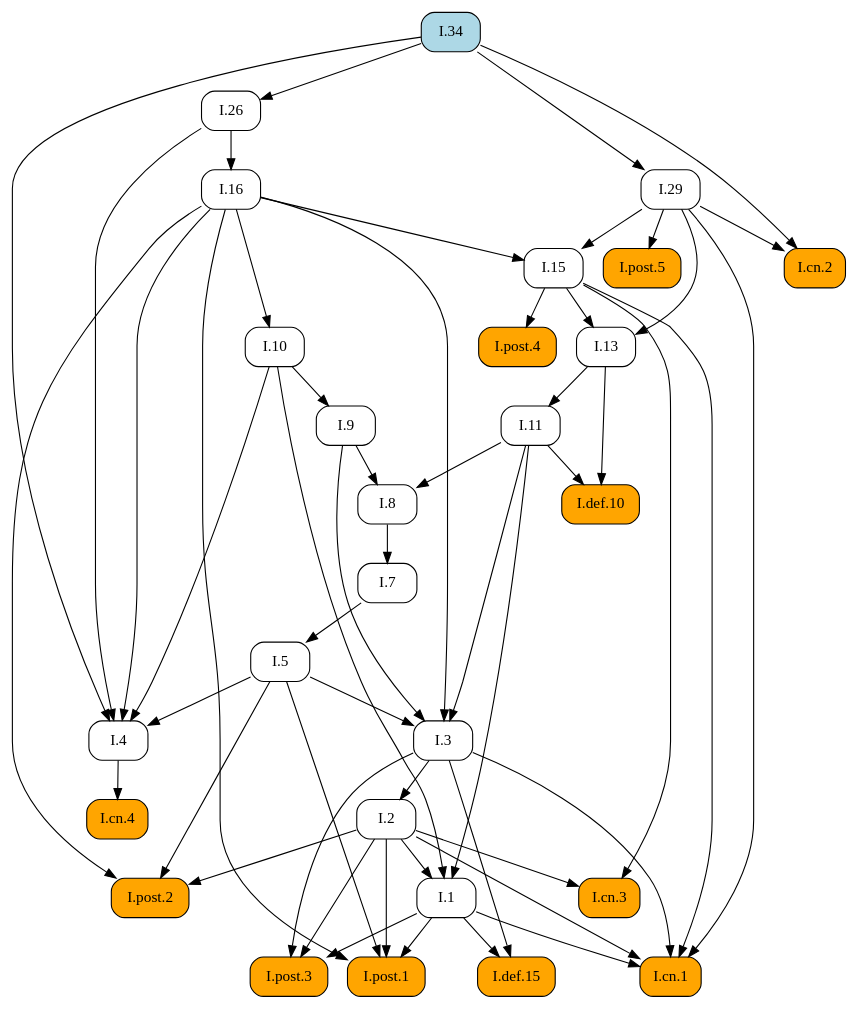
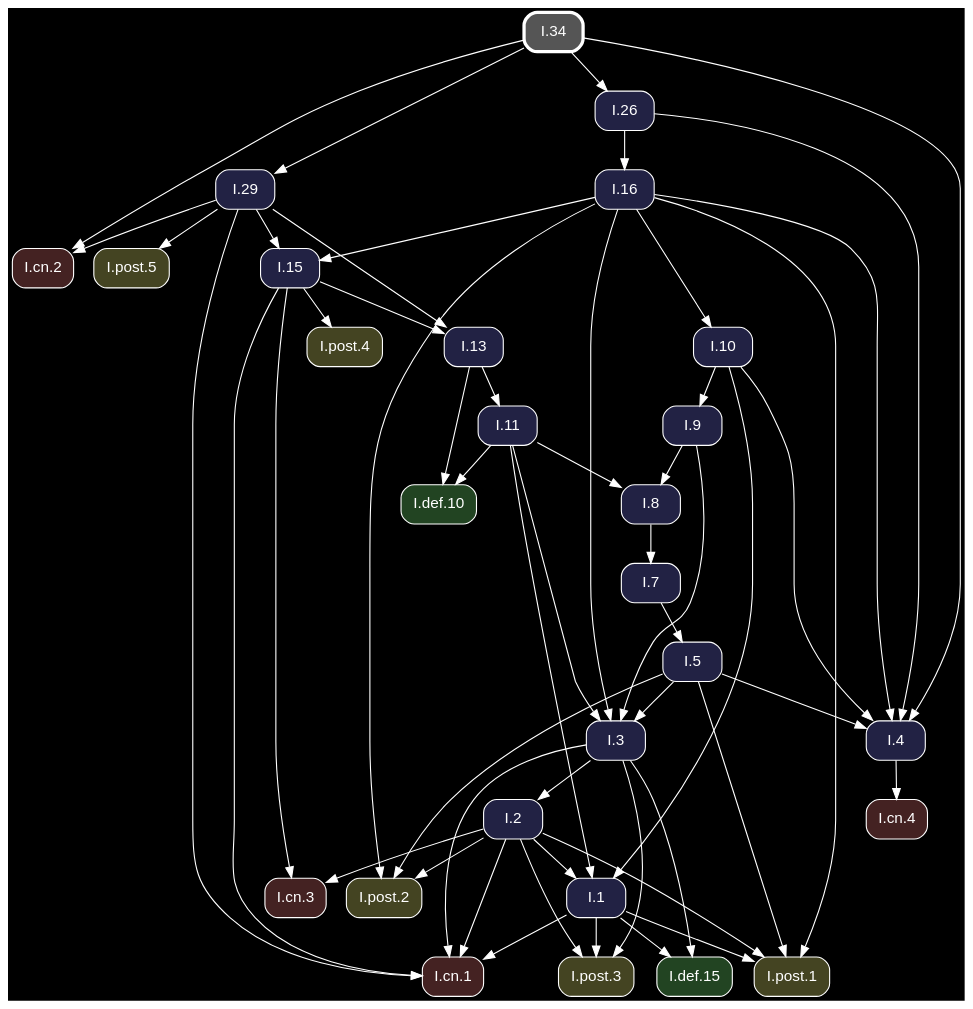
Before and after one commit to geometor/elements: the diagram in docsrc/heath/I/34/index.rst, drawn with Graphviz. The commit also changed other lines of this file and 1200 other files, not shown here.

Commit message:
update dependency graphs

```diff
--- a/docsrc/heath/I/34/index.rst
+++ b/docsrc/heath/I/34/index.rst
@@ -78,86 +78,88 @@
 .. graphviz::
 
    digraph {
+     bgcolor="black";
+     node [shape=box, style="rounded,filled", fontname="Helvetica", color="white", fontcolor="white"];
+     edge [color="white", fontcolor="white"];
      rankdir="TB";
-     node [shape=box, style=rounded];
-     "I.9" [URL="/heath/I/9/", target="_top"];
-     "I.cn.1" [style="rounded,filled", fillcolor=orange, URL="/heath/I/cn.1/", target="_top"];
-     "I.7" [URL="/heath/I/7/", target="_top"];
-     "I.2" [URL="/heath/I/2/", target="_top"];
-     "I.def.15" [style="rounded,filled", fillcolor=orange, URL="/heath/I/def.15/", target="_top"];
-     "I.13" [URL="/heath/I/13/", target="_top"];
-     "I.post.4" [style="rounded,filled", fillcolor=orange, URL="/heath/I/post.4/", target="_top"];
-     "I.4" [URL="/heath/I/4/", target="_top"];
-     "I.1" [URL="/heath/I/1/", target="_top"];
-     "I.post.3" [style="rounded,filled", fillcolor=orange, URL="/heath/I/post.3/", target="_top"];
-     "I.post.1" [style="rounded,filled", fillcolor=orange, URL="/heath/I/post.1/", target="_top"];
-     "I.5" [URL="/heath/I/5/", target="_top"];
-     "I.8" [URL="/heath/I/8/", target="_top"];
-     "I.cn.3" [style="rounded,filled", fillcolor=orange, URL="/heath/I/cn.3/", target="_top"];
-     "I.29" [URL="/heath/I/29/", target="_top"];
-     "I.16" [URL="/heath/I/16/", target="_top"];
-     "I.def.10" [style="rounded,filled", fillcolor=orange, URL="/heath/I/def.10/", target="_top"];
-     "I.15" [URL="/heath/I/15/", target="_top"];
-     "I.10" [URL="/heath/I/10/", target="_top"];
-     "I.11" [URL="/heath/I/11/", target="_top"];
-     "I.cn.2" [style="rounded,filled", fillcolor=orange, URL="/heath/I/cn.2/", target="_top"];
-     "I.post.5" [style="rounded,filled", fillcolor=orange, URL="/heath/I/post.5/", target="_top"];
-     "I.cn.4" [style="rounded,filled", fillcolor=orange, URL="/heath/I/cn.4/", target="_top"];
-     "I.post.2" [style="rounded,filled", fillcolor=orange, URL="/heath/I/post.2/", target="_top"];
-     "I.26" [URL="/heath/I/26/", target="_top"];
-     "I.34" [style="rounded,filled", fillcolor=lightblue, URL="/heath/I/34/", target="_top"];
-     "I.3" [URL="/heath/I/3/", target="_top"];
-     "I.10" -> "I.9";
+     "I.3" [fillcolor="#222244", URL="/heath/I/3/", target="_top"];
+     "I.post.1" [fillcolor="#444422", URL="/heath/I/post.1/", target="_top"];
+     "I.cn.1" [fillcolor="#442222", URL="/heath/I/cn.1/", target="_top"];
+     "I.def.10" [fillcolor="#224422", URL="/heath/I/def.10/", target="_top"];
+     "I.15" [fillcolor="#222244", URL="/heath/I/15/", target="_top"];
+     "I.11" [fillcolor="#222244", URL="/heath/I/11/", target="_top"];
+     "I.16" [fillcolor="#222244", URL="/heath/I/16/", target="_top"];
+     "I.cn.3" [fillcolor="#442222", URL="/heath/I/cn.3/", target="_top"];
+     "I.13" [fillcolor="#222244", URL="/heath/I/13/", target="_top"];
+     "I.2" [fillcolor="#222244", URL="/heath/I/2/", target="_top"];
+     "I.post.2" [fillcolor="#444422", URL="/heath/I/post.2/", target="_top"];
+     "I.cn.2" [fillcolor="#442222", URL="/heath/I/cn.2/", target="_top"];
+     "I.29" [fillcolor="#222244", URL="/heath/I/29/", target="_top"];
+     "I.cn.4" [fillcolor="#442222", URL="/heath/I/cn.4/", target="_top"];
+     "I.9" [fillcolor="#222244", URL="/heath/I/9/", target="_top"];
+     "I.1" [fillcolor="#222244", URL="/heath/I/1/", target="_top"];
+     "I.post.5" [fillcolor="#444422", URL="/heath/I/post.5/", target="_top"];
+     "I.post.4" [fillcolor="#444422", URL="/heath/I/post.4/", target="_top"];
+     "I.26" [fillcolor="#222244", URL="/heath/I/26/", target="_top"];
+     "I.8" [fillcolor="#222244", URL="/heath/I/8/", target="_top"];
+     "I.4" [fillcolor="#222244", URL="/heath/I/4/", target="_top"];
+     "I.post.3" [fillcolor="#444422", URL="/heath/I/post.3/", target="_top"];
+     "I.34" [penwidth=3, color="white", fillcolor="#555555", URL="/heath/I/34/", target="_top"];
+     "I.7" [fillcolor="#222244", URL="/heath/I/7/", target="_top"];
+     "I.def.15" [fillcolor="#224422", URL="/heath/I/def.15/", target="_top"];
+     "I.5" [fillcolor="#222244", URL="/heath/I/5/", target="_top"];
+     "I.10" [fillcolor="#222244", URL="/heath/I/10/", target="_top"];
+     "I.5" -> "I.3";
+     "I.9" -> "I.3";
+     "I.11" -> "I.3";
+     "I.16" -> "I.3";
+     "I.1" -> "I.post.1";
+     "I.2" -> "I.post.1";
+     "I.5" -> "I.post.1";
+     "I.16" -> "I.post.1";
      "I.1" -> "I.cn.1";
      "I.2" -> "I.cn.1";
      "I.3" -> "I.cn.1";
      "I.15" -> "I.cn.1";
      "I.29" -> "I.cn.1";
-     "I.8" -> "I.7";
-     "I.3" -> "I.2";
-     "I.1" -> "I.def.15";
-     "I.3" -> "I.def.15";
+     "I.11" -> "I.def.10";
+     "I.13" -> "I.def.10";
+     "I.16" -> "I.15";
+     "I.29" -> "I.15";
+     "I.13" -> "I.11";
+     "I.26" -> "I.16";
+     "I.2" -> "I.cn.3";
+     "I.15" -> "I.cn.3";
      "I.15" -> "I.13";
      "I.29" -> "I.13";
+     "I.3" -> "I.2";
+     "I.2" -> "I.post.2";
+     "I.5" -> "I.post.2";
+     "I.16" -> "I.post.2";
+     "I.29" -> "I.cn.2";
+     "I.34" -> "I.cn.2";
+     "I.34" -> "I.29";
+     "I.4" -> "I.cn.4";
+     "I.10" -> "I.9";
+     "I.2" -> "I.1";
+     "I.10" -> "I.1";
+     "I.11" -> "I.1";
+     "I.29" -> "I.post.5";
      "I.15" -> "I.post.4";
+     "I.34" -> "I.26";
+     "I.9" -> "I.8";
+     "I.11" -> "I.8";
      "I.5" -> "I.4";
      "I.10" -> "I.4";
      "I.16" -> "I.4";
      "I.26" -> "I.4";
      "I.34" -> "I.4";
-     "I.2" -> "I.1";
-     "I.10" -> "I.1";
-     "I.11" -> "I.1";
      "I.1" -> "I.post.3";
      "I.2" -> "I.post.3";
      "I.3" -> "I.post.3";
-     "I.1" -> "I.post.1";
-     "I.2" -> "I.post.1";
-     "I.5" -> "I.post.1";
-     "I.16" -> "I.post.1";
+     "I.8" -> "I.7";
+     "I.1" -> "I.def.15";
+     "I.3" -> "I.def.15";
      "I.7" -> "I.5";
-     "I.9" -> "I.8";
-     "I.11" -> "I.8";
-     "I.2" -> "I.cn.3";
-     "I.15" -> "I.cn.3";
-     "I.34" -> "I.29";
-     "I.26" -> "I.16";
-     "I.11" -> "I.def.10";
-     "I.13" -> "I.def.10";
-     "I.16" -> "I.15";
-     "I.29" -> "I.15";
      "I.16" -> "I.10";
-     "I.13" -> "I.11";
-     "I.29" -> "I.cn.2";
-     "I.34" -> "I.cn.2";
-     "I.29" -> "I.post.5";
-     "I.4" -> "I.cn.4";
-     "I.2" -> "I.post.2";
-     "I.5" -> "I.post.2";
-     "I.16" -> "I.post.2";
-     "I.34" -> "I.26";
-     "I.5" -> "I.3";
-     "I.9" -> "I.3";
-     "I.11" -> "I.3";
-     "I.16" -> "I.3";
    }
```
